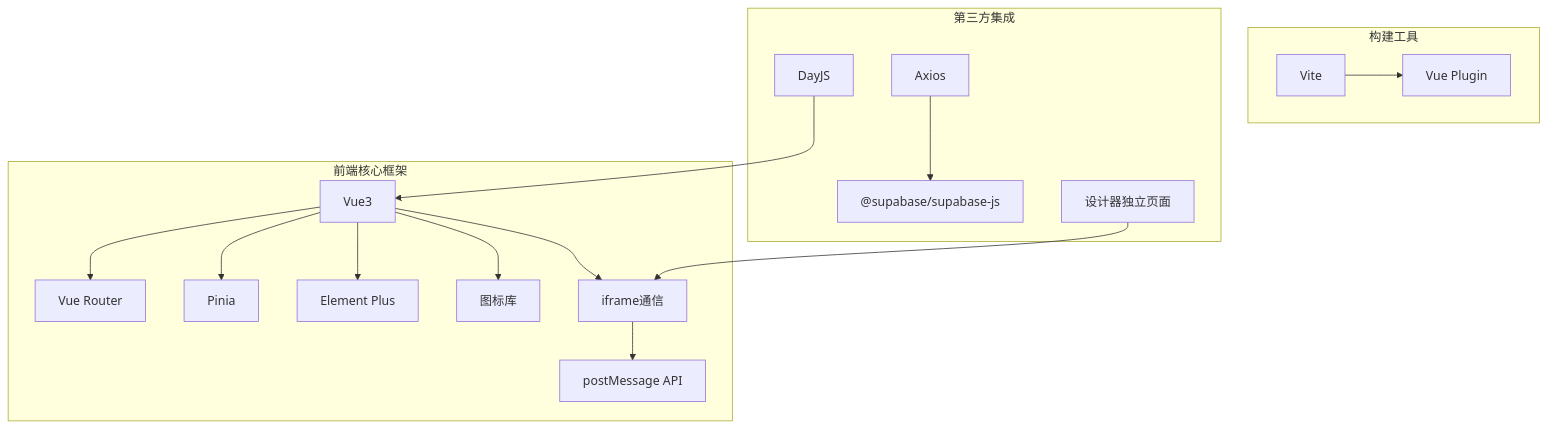
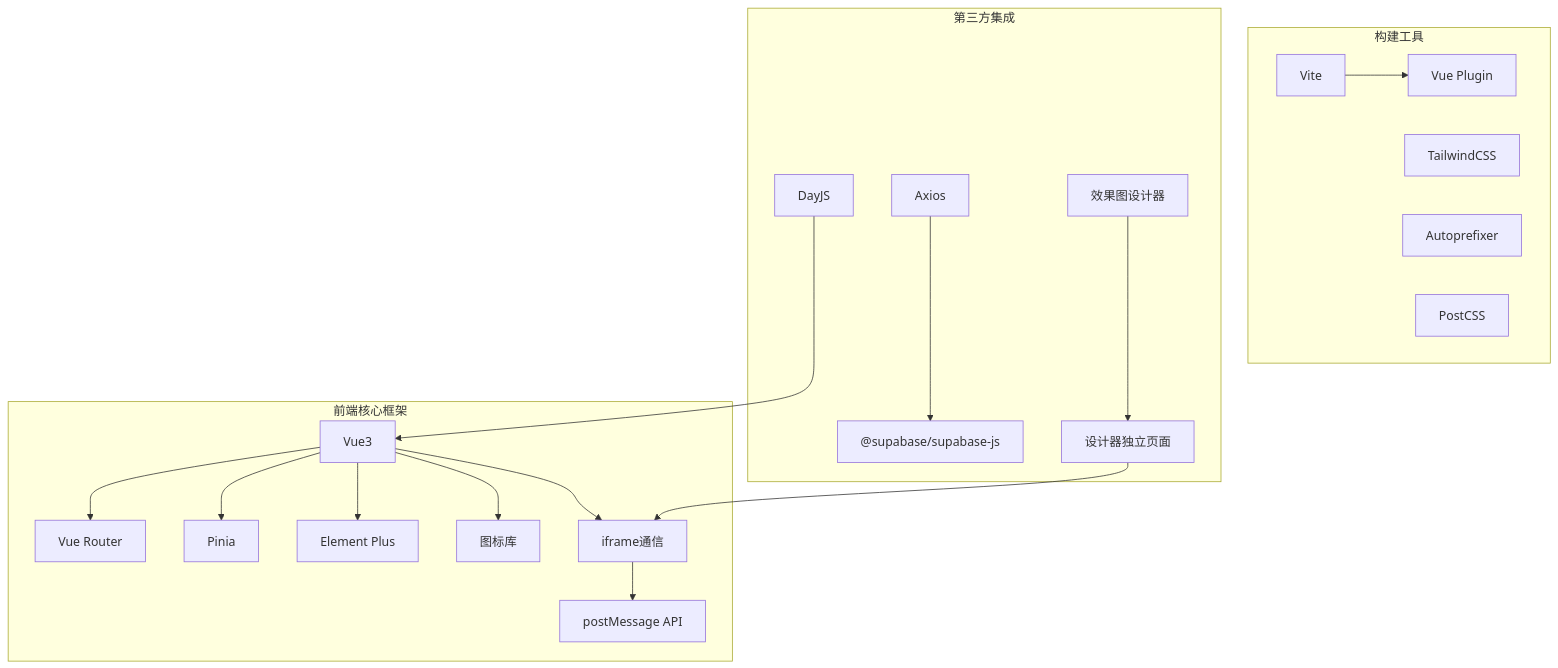
Diagram 14 of 19 in .qoder/repowiki/zh/content/项目概述.md (SY6621/POD-Order-Management), drawn with Mermaid before and after one commit. The commit also changed other lines of this file and 8 other files, not shown here.

````diff
--- a/.qoder/repowiki/zh/content/项目概述.md
+++ b/.qoder/repowiki/zh/content/项目概述.md
@@ -529,32 +711,37 @@
 ```mermaid
 graph TB
 subgraph "前端核心框架"
 Vue3["Vue3"]
 VueRouter["Vue Router"]
 Pinia["Pinia"]
 ElementPlus["Element Plus"]
 Icons["图标库"]
 Iframe["iframe通信"]
 postMessage["postMessage API"]
 end
 subgraph "构建工具"
 Vite["Vite"]
 VuePlugin["Vue Plugin"]
+TailwindCSS["TailwindCSS"]
+Autoprefixer["Autoprefixer"]
+PostCSS["PostCSS"]
 end
 subgraph "第三方集成"
 Axios["Axios"]
 DayJS["DayJS"]
 SupabaseJS["@supabase/supabase-js"]
 DesignStandalone["设计器独立页面"]
+EffectDesigner["效果图设计器"]
 end
 Vue3 --> VueRouter
 Vue3 --> Pinia
 Vue3 --> ElementPlus
 Vue3 --> Icons
 Vue3 --> Iframe
 Iframe --> postMessage
 Vite --> VuePlugin
 Axios --> SupabaseJS
 DayJS --> Vue3
 DesignStandalone --> Iframe
+EffectDesigner --> DesignStandalone
 ```
````
